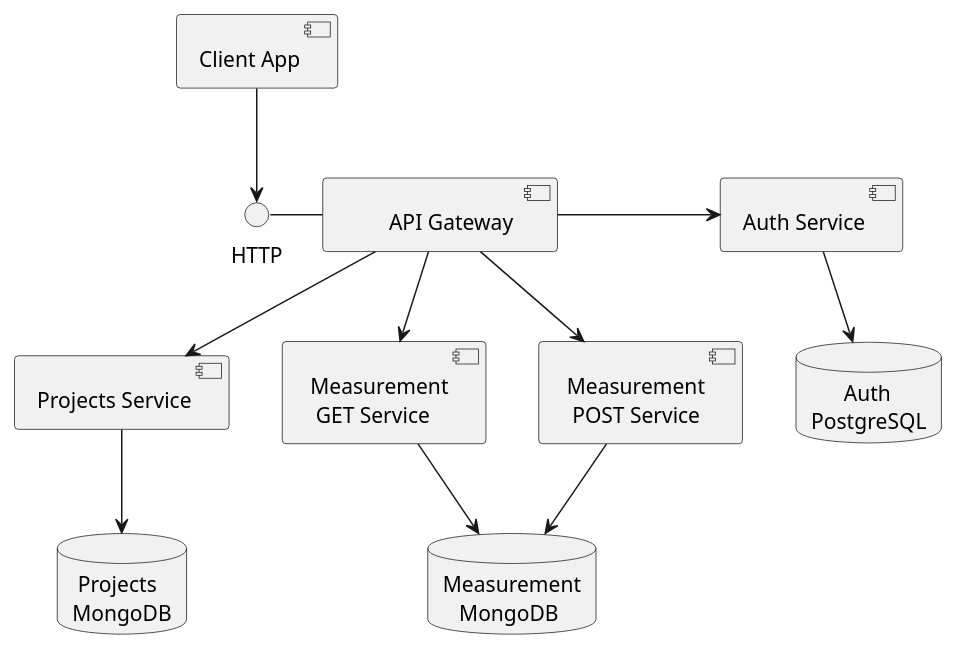
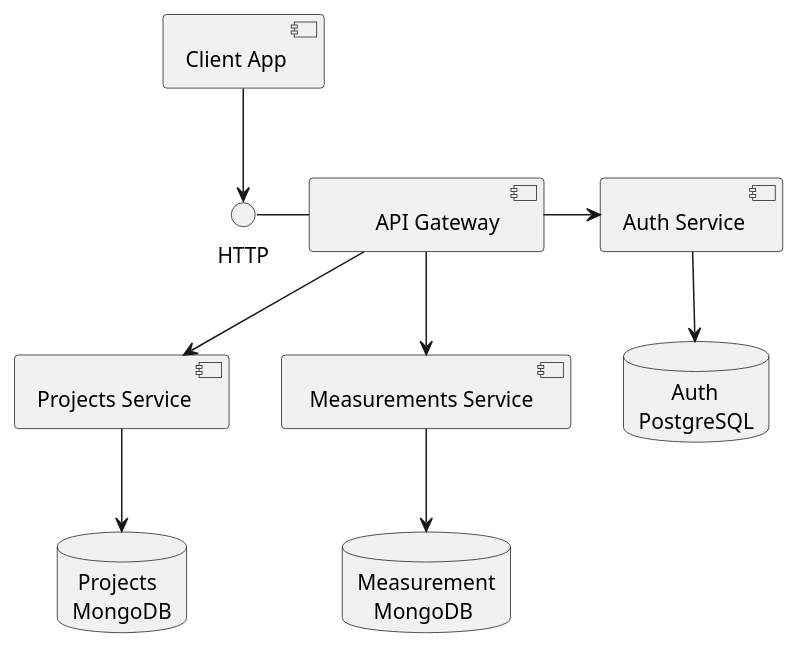
The diagram in arch-docs/component-diagram.puml (mateuszbarnacki/master-thesis), drawn with PlantUML before and after one commit. The commit also changed 18 other files, not shown here.

```diff
--- a/arch-docs/component-diagram.puml
+++ b/arch-docs/component-diagram.puml
@@ -1,23 +1,20 @@
 @startuml
 component "Client App" as app
 component "Projects Service" as projects
-component " Measurement\n  GET Service" as measurementGet
-component " Measurement\n  POST Service" as measurementPost
+component " Measurements Service" as measurements
 component "Auth Service" as auth
 component "\tAPI Gateway\t" as gateway
 database " Projects\nMongoDB" as projectsDB
 database "      Auth\nPostgreSQL" as authDB
 database "Measurement\n   MongoDB" as measurementDB
 
 app-d->HTTP
 gateway-l-HTTP
 projects-d->projectsDB
 auth-d->authDB
-measurementGet-d->measurementDB
-measurementPost-d->measurementDB
+measurements-d->measurementDB
 gateway-->projects
-gateway-d->measurementGet
-gateway-d->measurementPost
+gateway-d->measurements
 gateway-r->auth
 
 @enduml
```
